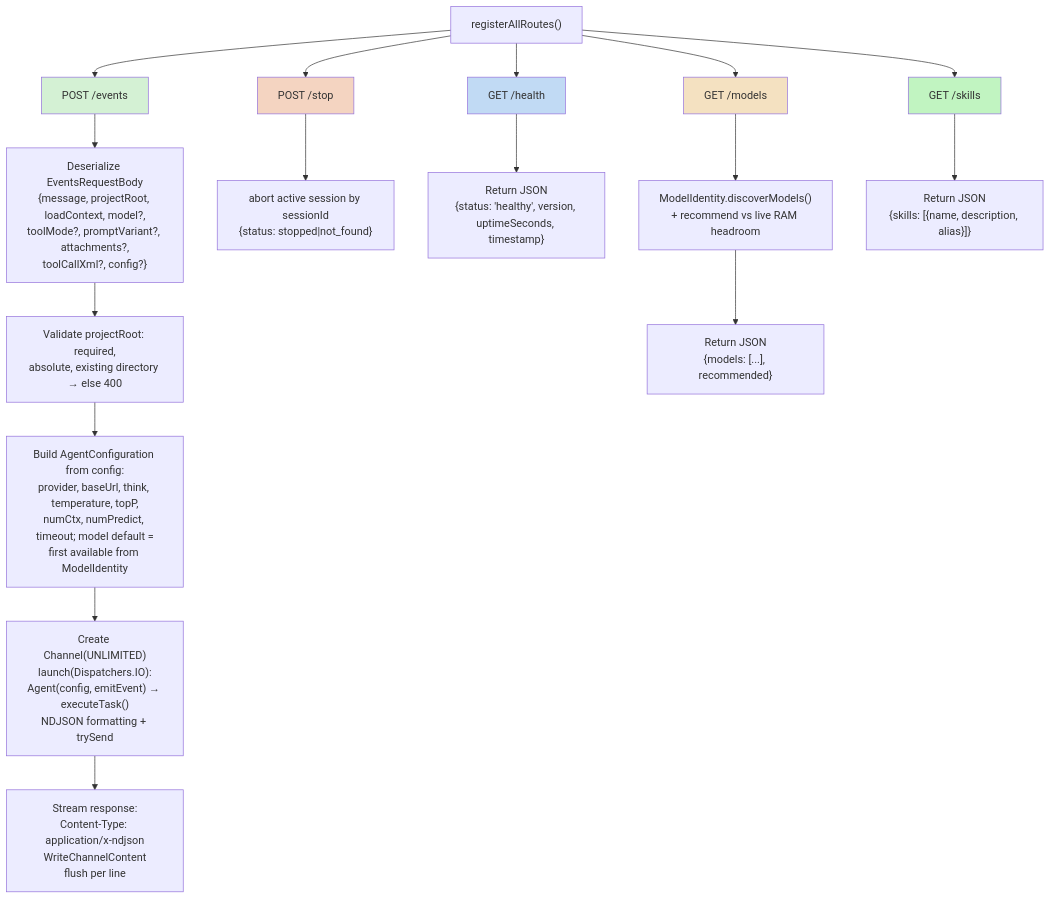
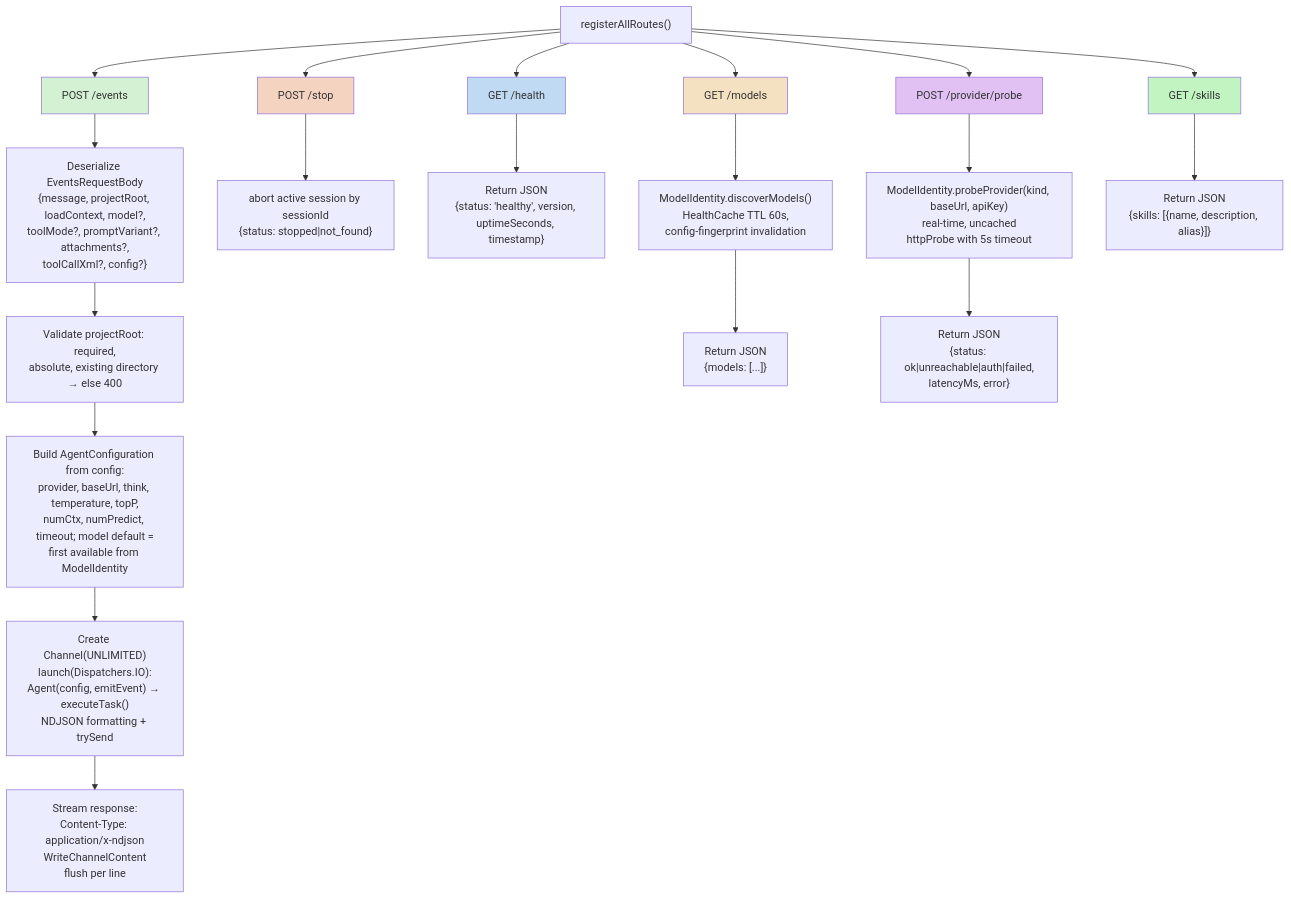
One commit to lg841226/Gradum changed diagram 11 of 29 in docs/ARCHITECTURE.md. Above: the diagram before and after it, drawn with Mermaid. The commit also changed other lines of this file and 26 other files, not shown here.

````diff
--- a/docs/ARCHITECTURE.md
+++ b/docs/ARCHITECTURE.md
@@ -835,23 +833,27 @@
 ```mermaid
 flowchart TD
     R["registerAllRoutes()"] --> POST[POST /events]
     R --> PS[POST /stop]
     R --> GH[GET /health]
     R --> GM[GET /models]
+    R --> PP[POST /provider/probe]
     R --> GS[GET /skills]
     POST --> P1["Deserialize EventsRequestBody<br/>{message, projectRoot, loadContext, model?,<br/>toolMode?, promptVariant?, attachments?,<br/>toolCallXml?, config?}"]
     P1 --> P2["Validate projectRoot: required,<br/>absolute, existing directory → else 400"]
     P2 --> P3["Build AgentConfiguration from config:<br/>provider, baseUrl, think, temperature, topP,<br/>numCtx, numPredict, timeout; model default =<br/>first available from ModelIdentity"]
     P3 --> P4["Create Channel(UNLIMITED)<br/>launch(Dispatchers.IO):<br/>Agent(config, emitEvent) → executeTask()<br/>NDJSON formatting + trySend"]
     P4 --> P5["Stream response:<br/>Content-Type: application/x-ndjson<br/>WriteChannelContent<br/>flush per line"]
     PS --> S1["abort active session by sessionId<br/>{status: stopped|not_found}"]
     GH --> H1["Return JSON<br/>{status: 'healthy', version, uptimeSeconds, timestamp}"]
-    GM --> M1["ModelIdentity.discoverModels()<br/>+ recommend vs live RAM headroom"]
-    M1 --> M2["Return JSON<br/>{models: [...], recommended}"]
+    GM --> M1["ModelIdentity.discoverModels()<br/>HealthCache TTL 60s,<br/>config-fingerprint invalidation"]
+    M1 --> M2["Return JSON<br/>{models: [...]}"]
+    PP --> P6["ModelIdentity.probeProvider(kind, baseUrl, apiKey)<br/>real-time, uncached<br/>httpProbe with 5s timeout"]
+    P6 --> P7["Return JSON<br/>{status: ok|unreachable|auth|failed,<br/>latencyMs, error}"]
     GS --> S2["Return JSON<br/>{skills: [{name, description, alias}]}"]
     style POST fill: #d4f1d4
     style PS fill: #f4d4c1
     style GH fill: #c1daf4
     style GM fill: #f4e1c1
+    style PP fill: #e1c1f4
     style GS fill: #c1f4c1
 ```
````
